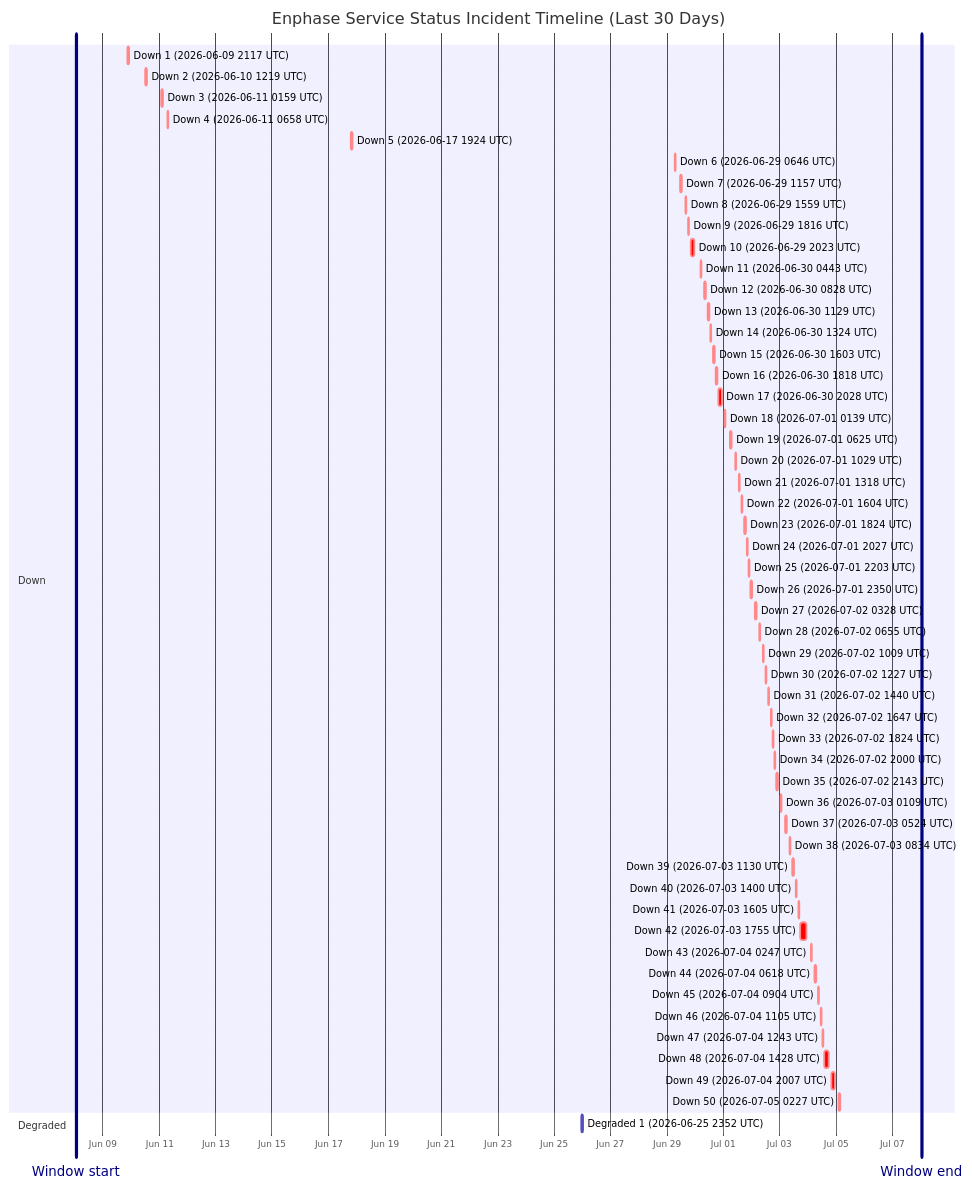
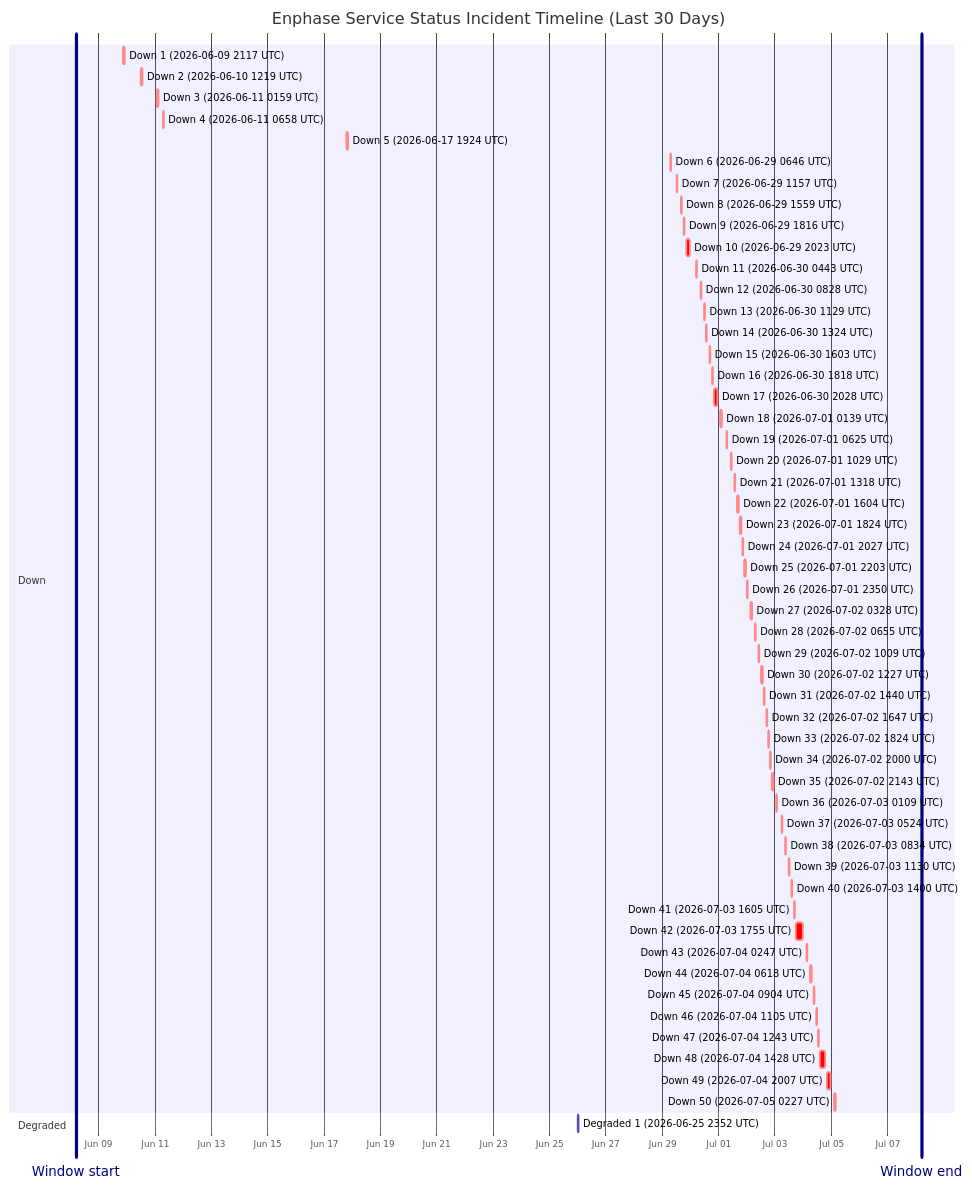
The diagram in wiki/Service-Status-History.md (barneyonline/ha-enphase-energy), drawn with Mermaid before and after one commit. The commit also changed other lines of this file and 3 other files, not shown here.

````diff
--- a/wiki/Service-Status-History.md
+++ b/wiki/Service-Status-History.md
@@ -14,61 +14,61 @@
 ```mermaid
 gantt
     title Enphase Service Status Incident Timeline (Last 30 Days)
     dateFormat  YYYY-MM-DDTHH:mm:ss
     axisFormat  %b %d
-    Window start :vert, window-start, 2026-06-08T01:02:56, 0ms
-    Window end :vert, window-end, 2026-07-08T01:02:56, 0ms
+    Window start :vert, window-start, 2026-06-08T04:44:38, 0ms
+    Window end :vert, window-end, 2026-07-08T04:44:38, 0ms
     section Down
     Down 1 (2026-06-09 2117 UTC) :crit, down-1, 2026-06-09T21:17:17, 60m
     Down 2 (2026-06-10 1219 UTC) :crit, down-2, 2026-06-10T12:19:21, 60m
     Down 3 (2026-06-11 0159 UTC) :crit, down-3, 2026-06-11T01:59:36, 60m
     Down 4 (2026-06-11 0658 UTC) :crit, down-4, 2026-06-11T06:58:45, 60m
     Down 5 (2026-06-17 1924 UTC) :crit, down-5, 2026-06-17T19:24:51, 60m
     Down 6 (2026-06-29 0646 UTC) :crit, down-6, 2026-06-29T06:46:18, 60m
     Down 7 (2026-06-29 1157 UTC) :crit, down-7, 2026-06-29T11:57:36, 60m
     Down 8 (2026-06-29 1559 UTC) :crit, down-8, 2026-06-29T15:59:02, 60m
     Down 9 (2026-06-29 1816 UTC) :crit, down-9, 2026-06-29T18:16:38, 60m
     Down 10 (2026-06-29 2023 UTC) :crit, down-10, 2026-06-29T20:23:16, 220m
     Down 11 (2026-06-30 0443 UTC) :crit, down-11, 2026-06-30T04:43:54, 60m
     Down 12 (2026-06-30 0828 UTC) :crit, down-12, 2026-06-30T08:28:43, 60m
     Down 13 (2026-06-30 1129 UTC) :crit, down-13, 2026-06-30T11:29:15, 60m
     Down 14 (2026-06-30 1324 UTC) :crit, down-14, 2026-06-30T13:24:25, 60m
     Down 15 (2026-06-30 1603 UTC) :crit, down-15, 2026-06-30T16:03:26, 60m
     Down 16 (2026-06-30 1818 UTC) :crit, down-16, 2026-06-30T18:18:39, 60m
     Down 17 (2026-06-30 2028 UTC) :crit, down-17, 2026-06-30T20:28:54, 171m
     Down 18 (2026-07-01 0139 UTC) :crit, down-18, 2026-07-01T01:39:18, 60m
     Down 19 (2026-07-01 0625 UTC) :crit, down-19, 2026-07-01T06:25:35, 60m
     Down 20 (2026-07-01 1029 UTC) :crit, down-20, 2026-07-01T10:29:24, 60m
     Down 21 (2026-07-01 1318 UTC) :crit, down-21, 2026-07-01T13:18:31, 60m
     Down 22 (2026-07-01 1604 UTC) :crit, down-22, 2026-07-01T16:04:29, 60m
     Down 23 (2026-07-01 1824 UTC) :crit, down-23, 2026-07-01T18:24:21, 60m
     Down 24 (2026-07-01 2027 UTC) :crit, down-24, 2026-07-01T20:27:17, 60m
     Down 25 (2026-07-01 2203 UTC) :crit, down-25, 2026-07-01T22:03:46, 60m
     Down 26 (2026-07-01 2350 UTC) :crit, down-26, 2026-07-01T23:50:52, 60m
     Down 27 (2026-07-02 0328 UTC) :crit, down-27, 2026-07-02T03:28:33, 60m
     Down 28 (2026-07-02 0655 UTC) :crit, down-28, 2026-07-02T06:55:07, 60m
     Down 29 (2026-07-02 1009 UTC) :crit, down-29, 2026-07-02T10:09:15, 60m
     Down 30 (2026-07-02 1227 UTC) :crit, down-30, 2026-07-02T12:27:49, 60m
     Down 31 (2026-07-02 1440 UTC) :crit, down-31, 2026-07-02T14:40:53, 60m
     Down 32 (2026-07-02 1647 UTC) :crit, down-32, 2026-07-02T16:47:47, 60m
     Down 33 (2026-07-02 1824 UTC) :crit, down-33, 2026-07-02T18:24:26, 60m
     Down 34 (2026-07-02 2000 UTC) :crit, down-34, 2026-07-02T20:00:57, 60m
     Down 35 (2026-07-02 2143 UTC) :crit, down-35, 2026-07-02T21:43:52, 80m
     Down 36 (2026-07-03 0109 UTC) :crit, down-36, 2026-07-03T01:09:19, 60m
     Down 37 (2026-07-03 0524 UTC) :crit, down-37, 2026-07-03T05:24:23, 60m
     Down 38 (2026-07-03 0834 UTC) :crit, down-38, 2026-07-03T08:34:05, 60m
     Down 39 (2026-07-03 1130 UTC) :crit, down-39, 2026-07-03T11:30:41, 60m
     Down 40 (2026-07-03 1400 UTC) :crit, down-40, 2026-07-03T14:00:48, 60m
     Down 41 (2026-07-03 1605 UTC) :crit, down-41, 2026-07-03T16:05:49, 60m
     Down 42 (2026-07-03 1755 UTC) :crit, down-42, 2026-07-03T17:55:54, 338m
     Down 43 (2026-07-04 0247 UTC) :crit, down-43, 2026-07-04T02:47:22, 60m
     Down 44 (2026-07-04 0618 UTC) :crit, down-44, 2026-07-04T06:18:09, 60m
     Down 45 (2026-07-04 0904 UTC) :crit, down-45, 2026-07-04T09:04:41, 60m
     Down 46 (2026-07-04 1105 UTC) :crit, down-46, 2026-07-04T11:05:21, 60m
     Down 47 (2026-07-04 1243 UTC) :crit, down-47, 2026-07-04T12:43:25, 60m
     Down 48 (2026-07-04 1428 UTC) :crit, down-48, 2026-07-04T14:28:07, 243m
     Down 49 (2026-07-04 2007 UTC) :crit, down-49, 2026-07-04T20:07:50, 206m
     Down 50 (2026-07-05 0227 UTC) :crit, down-50, 2026-07-05T02:27:32, 109m
     section Degraded
     Degraded 1 (2026-06-25 2352 UTC) :active, degraded-1, 2026-06-25T23:52:01, 60m
 ```
````
